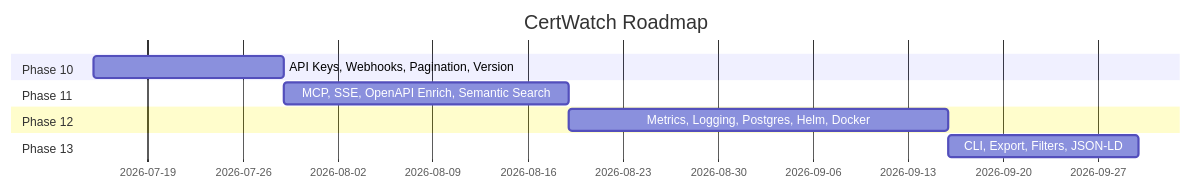
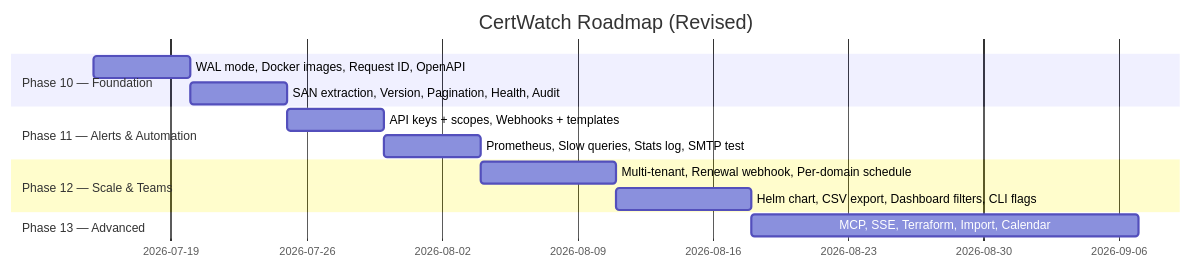
One commit to araujofrancisco/certwatch changed the diagram in docs/roadmap.md. Above: the diagram before and after it, drawn with Mermaid. The commit also changed other lines of this file and 1 other file, not shown here.

Commit message:
docs: revise roadmap based on senior review — removed PostgreSQL/FTS5/JSON-LD, promoted pre-built images/request ID/OpenAPI to Phase 10, added SAN/WAL/multi-tenant/renewal hook

````diff
--- a/docs/roadmap.md
+++ b/docs/roadmap.md
@@ -253,13 +461,16 @@
 ```mermaid
 gantt
-    title CertWatch Roadmap
+    title CertWatch Roadmap (Revised)
     dateFormat  YYYY-MM-DD
-    section Phase 10
-    API Keys, Webhooks, Pagination, Version    :p10, 2026-07-15, 14d
-    section Phase 11
-    MCP, SSE, OpenAPI Enrich, Semantic Search  :p11, after p10, 21d
-    section Phase 12
-    Metrics, Logging, Postgres, Helm, Docker   :p12, after p11, 28d
-    section Phase 13
-    CLI, Export, Filters, JSON-LD              :p13, after p12, 14d
+    section Phase 10 — Foundation
+    WAL mode, Docker images, Request ID, OpenAPI       :p10a, 2026-07-15, 5d
+    SAN extraction, Version, Pagination, Health, Audit  :p10b, after p10a, 5d
+    section Phase 11 — Alerts & Automation
+    API keys + scopes, Webhooks + templates             :p11a, after p10b, 5d
+    Prometheus, Slow queries, Stats log, SMTP test      :p11b, after p11a, 5d
+    section Phase 12 — Scale & Teams
+    Multi-tenant, Renewal webhook, Per-domain schedule   :p12a, after p11b, 7d
+    Helm chart, CSV export, Dashboard filters, CLI flags :p12b, after p12a, 7d
+    section Phase 13 — Advanced
+    MCP, SSE, Terraform, Import, Calendar               :p13, after p12b, 20d
 ```
````
